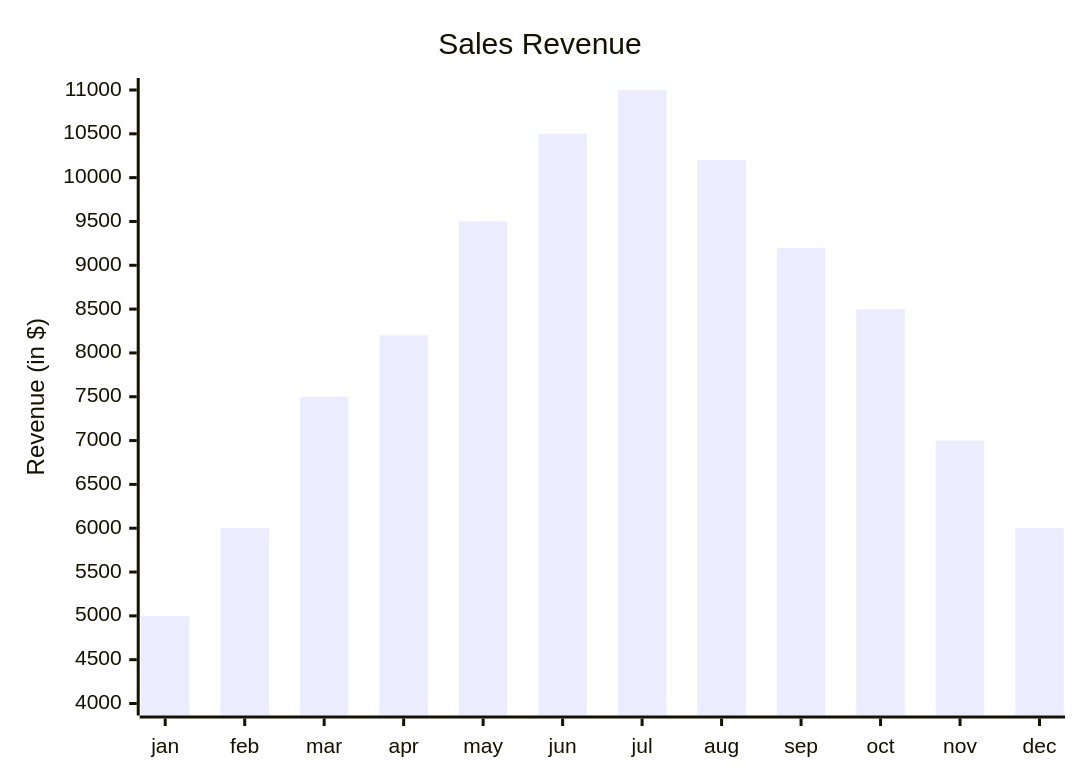
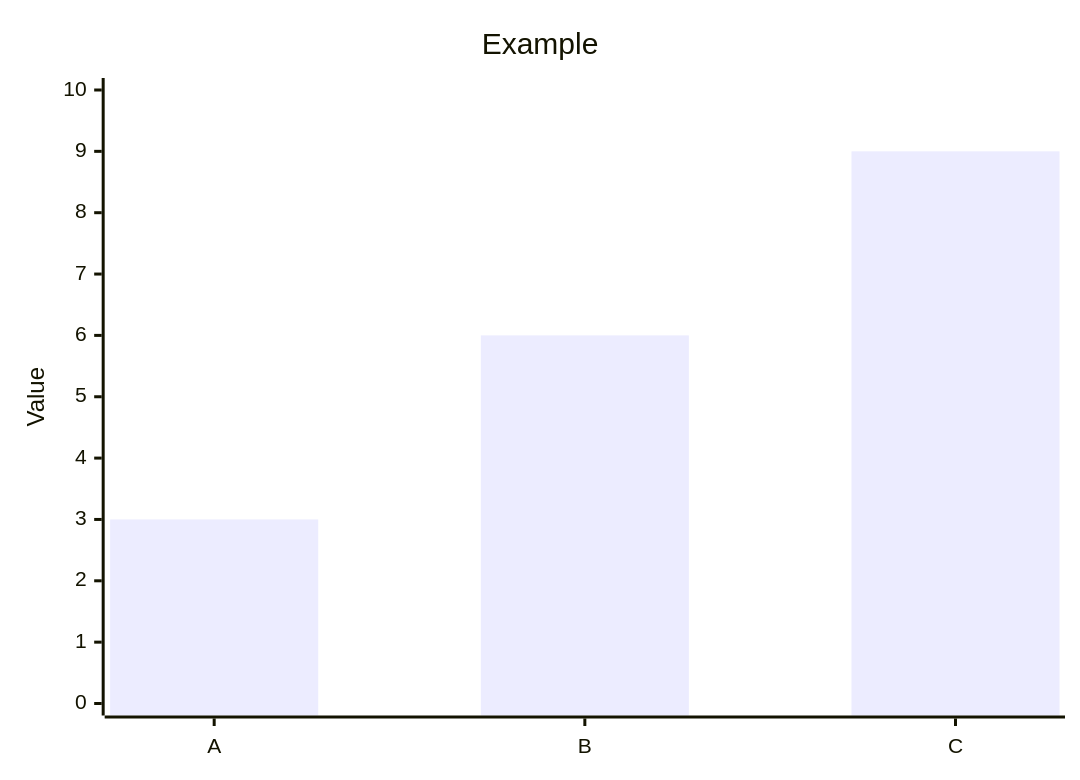
Before and after one commit to Tellusant/docs: the second of 2 diagrams in articles-posts/economic-sentiment-zaf.md, drawn with Mermaid.

```diff
--- a/articles-posts/economic-sentiment-zaf.md
+++ b/articles-posts/economic-sentiment-zaf.md
@@ -59,10 +59,10 @@
 <div class="mermaid">
 
-xychart 
-title "Sales Revenue"
-    x-axis [jan, feb, mar, apr, may, jun, jul, aug, sep, oct, nov, dec]
-    y-axis "Revenue (in $)" 4000 --> 11000
-    bar [5000, 6000, 7500, 8200, 9500, 10500, 11000, 10200, 9200, 8500, 7000, 6000]
+xychart-beta
+    title "Example"
+    x-axis ["A","B","C"]
+    y-axis "Value" 0 --> 10
+    bar [3,6,9]
   
 
     </div>
```
